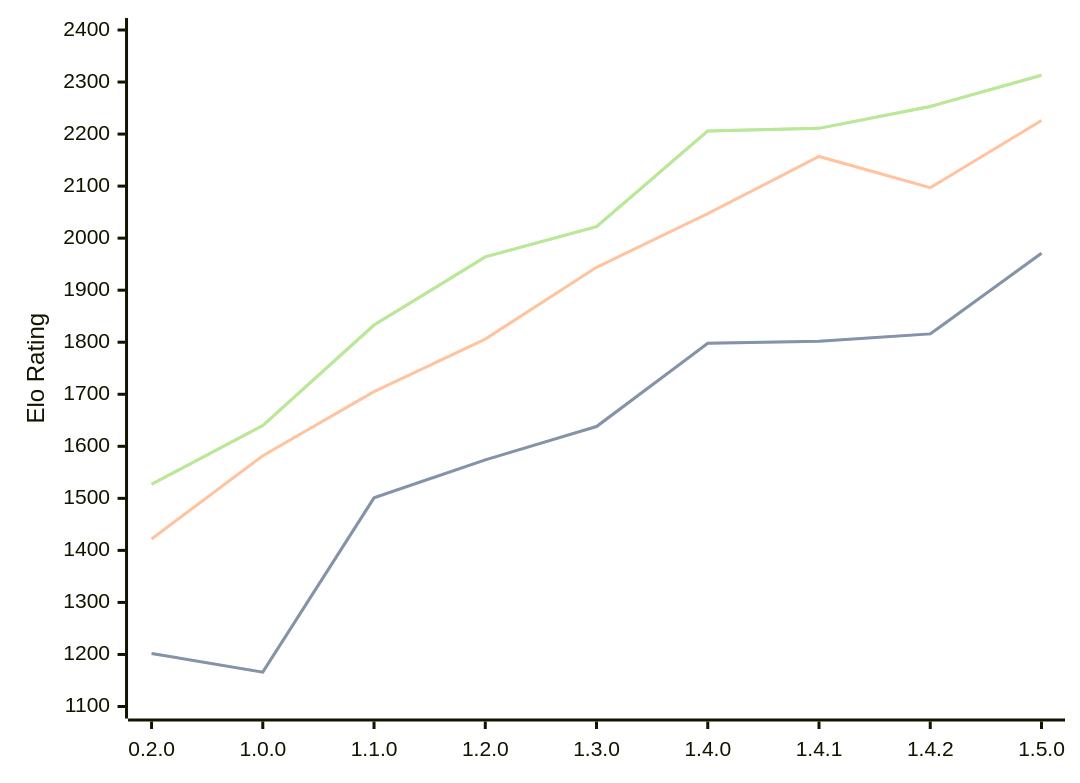
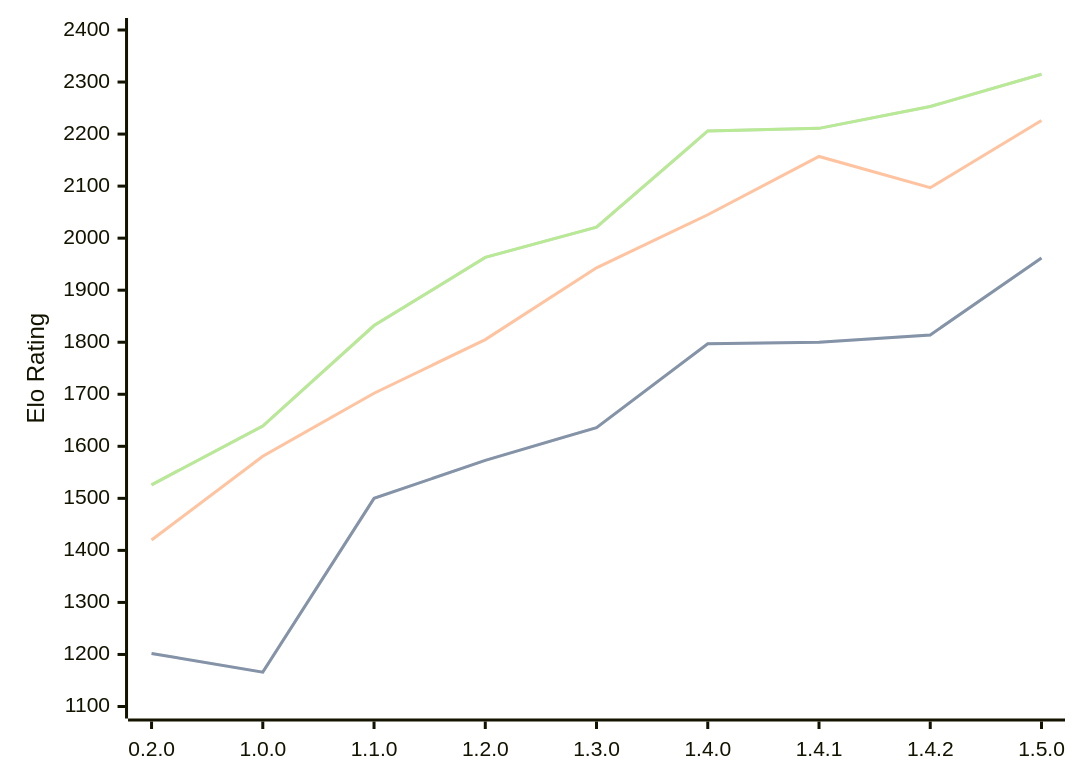
Before and after one commit to computer-chess-index/cci: the diagram in engines/Zeppelin.md, drawn with Mermaid. The commit also changed other lines of this file, not shown here.

Commit message:
Update CCI Ratings (ELO VLTC) - 2026-04-27

````diff
--- a/engines/Zeppelin.md
+++ b/engines/Zeppelin.md
@@ -41,11 +41,11 @@
 ```mermaid
 %%{init: {"theme":"base","themeVariables":{"seriesColors:['#a3a3a3','#222221','#faa371']}}}%%
 xychart-beta
   x-axis ["0.2.0", "1.0.0", "1.1.0", "1.2.0", "1.3.0", "1.4.0", "1.4.1", "1.4.2", "1.5.0"]
   y-axis "Elo Rating" 1100 --> 2400
-  line "STC (8.0+0.08s)" [1202, 1166, 1501, 1574, 1638, 1798, 1802, 1816, 1971]
-  line "STC (8.0+0.08s)" [1202, 1166, 1501, 1574, 1638, 1798, 1802, 1816, 1971]
-  line "LTC (60.0+0.60s)" [1422, 1582, 1705, 1806, 1944, 2047, 2157, 2097, 2226]
-  line "VLTC (2m24s+1.12s)" [1527, 1640, 1833, 1964, 2022, 2206, 2211, 2253, 2313]
-  line "VLTC (2m24s+1.12s)" [1527, 1640, 1833, 1964, 2022, 2206, 2211, 2253, 2313]
+  line "STC (8.0+0.08s)" [1202, 1166, 1500, 1573, 1636, 1797, 1800, 1814, 1962]
+  line "STC (8.0+0.08s)" [1202, 1166, 1500, 1573, 1636, 1797, 1800, 1814, 1962]
+  line "LTC (60.0+0.60s)" [1420, 1581, 1702, 1805, 1943, 2045, 2157, 2097, 2226]
+  line "VLTC (2m24s+1.12s)" [1526, 1639, 1832, 1963, 2021, 2206, 2211, 2253, 2315]
+  line "VLTC (2m24s+1.12s)" [1526, 1639, 1832, 1963, 2021, 2206, 2211, 2253, 2315]
 ```
````
